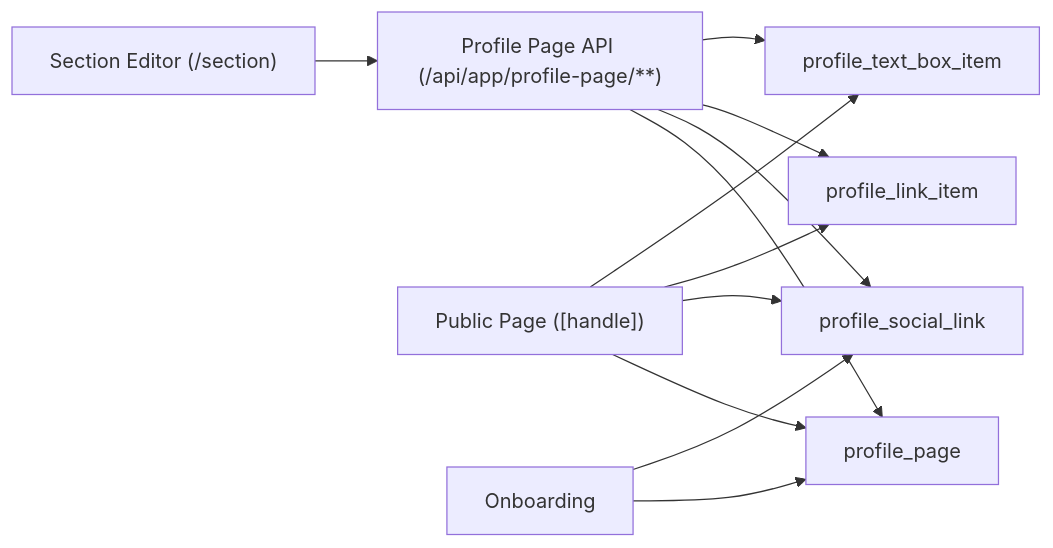
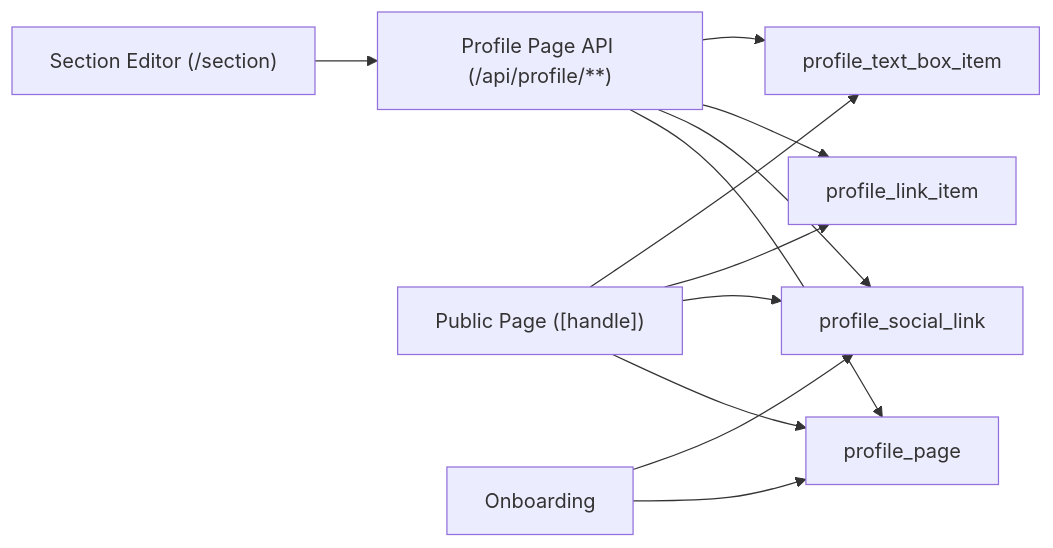
Before and after one commit to justhumanb2ing/Harune: the diagram in docs/plans/2026-04-21-001-feat-profile-page-editor-plan.md, drawn with Mermaid. The commit also changed other lines of this file and 15 other files, not shown here.

Commit message:
docs: update Hono profile API contracts

````diff
--- a/docs/plans/2026-04-21-001-feat-profile-page-editor-plan.md
+++ b/docs/plans/2026-04-21-001-feat-profile-page-editor-plan.md
@@ -102,14 +102,14 @@
 ```mermaid
 flowchart LR
-  A["Section Editor (/section)"] --> B["Profile Page API (/api/app/profile-page/**)"]
+  A["Section Editor (/section)"] --> B["Profile Page API (/api/profile/**)"]
   B --> C["profile_page"]
   B --> D["profile_social_link"]
   B --> E["profile_link_item"]
   B --> F["profile_text_box_item"]
   G["Public Page ([handle])"] --> C
   G --> D
   G --> E
   G --> F
   H["Onboarding"] --> C
   H --> D
 ```
````
